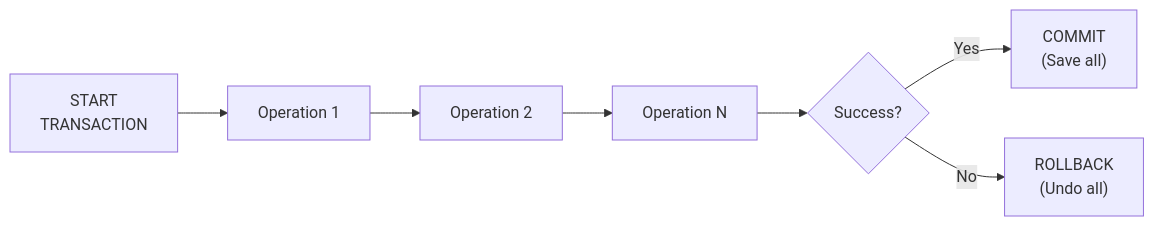
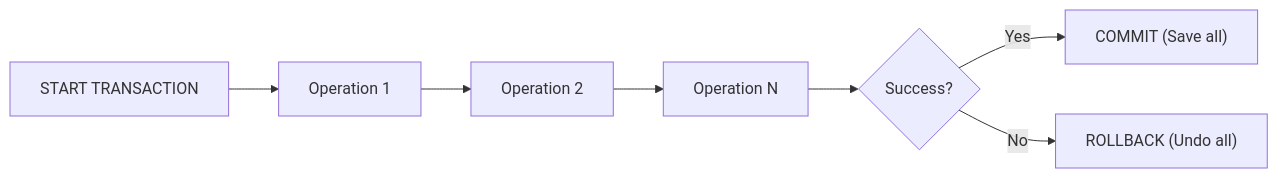
Before and after one commit to pentoshi007/prep: the third of 16 diagrams in SQL/readmeClV1.md, drawn with Mermaid. The commit also changed other lines of this file and 1 other file, not shown here.

````diff
--- a/SQL/readmeClV1.md
+++ b/SQL/readmeClV1.md
@@ -155,9 +155,9 @@
 ```mermaid
 flowchart LR
-    START["START\nTRANSACTION"] --> OP1["Operation 1"]
+    START["START TRANSACTION"] --> OP1["Operation 1"]
     OP1 --> OP2["Operation 2"]
     OP2 --> OP3["Operation N"]
     OP3 --> DECISION{Success?}
-    DECISION -->|Yes| COMMIT["COMMIT\n(Save all)"]
-    DECISION -->|No| ROLLBACK["ROLLBACK\n(Undo all)"]
+    DECISION -->|Yes| COMMIT["COMMIT (Save all)"]
+    DECISION -->|No| ROLLBACK["ROLLBACK (Undo all)"]
 ```
````
